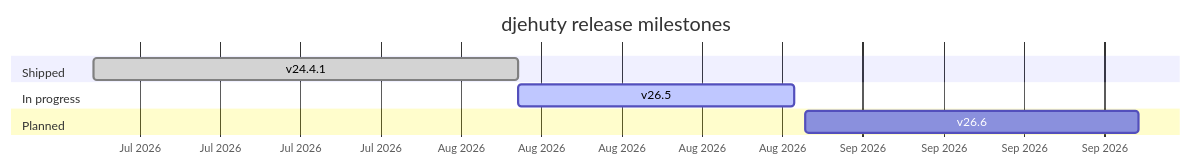
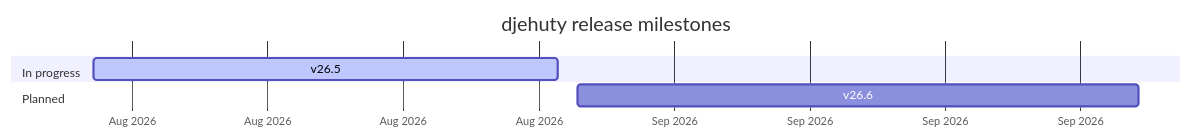
Before and after one commit to 4TUResearchData/.github: the diagram in profile/README.md, drawn with Mermaid. The commit also changed other lines of this file, not shown here.

````diff
--- a/profile/README.md
+++ b/profile/README.md
@@ -40,12 +40,10 @@
 ```mermaid
 gantt
     title djehuty release milestones
     dateFormat  YYYY-MM-DD
     axisFormat  %b %Y
-    section Shipped
-    v24.4.1        :done,   m1, 2026-07-01, 2026-08-07
     section In progress
     v26.5          :active, m2, 2026-08-07, 2026-08-31
     section Planned
     v26.6          :        m3, 2026-09-01, 2026-09-30
 ```
````
